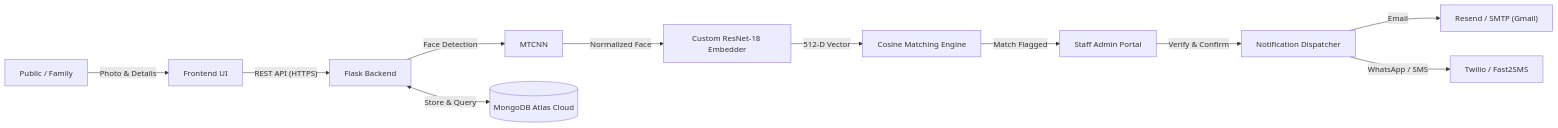
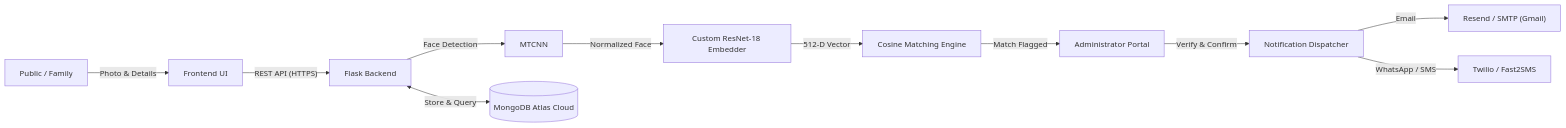
One commit to Disha200508/Missing_report changed the first of 4 diagrams in MPIS_Project_Report.md. Above: the diagram before and after it, drawn with Mermaid. The commit also changed other lines of this file and 14 other files, not shown here.

Commit message:
Convert Staff login and references to Admin login across frontend, backend, and documentation

````diff
--- a/MPIS_Project_Report.md
+++ b/MPIS_Project_Report.md
@@ -18,13 +18,13 @@
 ```mermaid
 flowchart LR
     A["Public / Family"] -->|"Photo & Details"| B["Frontend UI"]
     B -->|"REST API (HTTPS)"| C["Flask Backend"]
     C -->|"Face Detection"| D["MTCNN"]
     D -->|"Normalized Face"| E["Custom ResNet-18 Embedder"]
     E -->|"512-D Vector"| F["Cosine Matching Engine"]
-    F -->|"Match Flagged"| G["Staff Admin Portal"]
+    F -->|"Match Flagged"| G["Administrator Portal"]
     G -->|"Verify & Confirm"| H["Notification Dispatcher"]
     H -->|"Email"| I["Resend / SMTP (Gmail)"]
     H -->|"WhatsApp / SMS"| J["Twilio / Fast2SMS"]
     C <-->|"Store & Query"| K[("MongoDB Atlas Cloud")]
 ```
````
